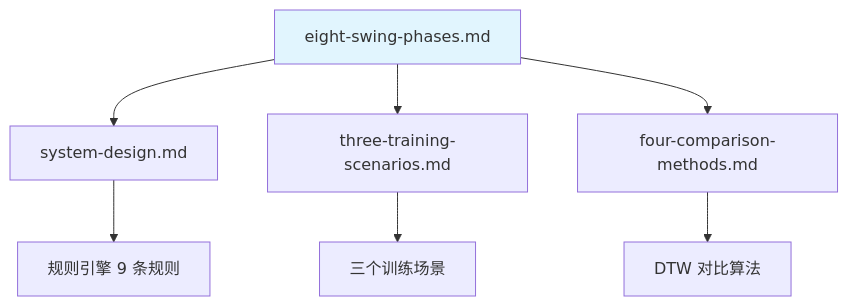
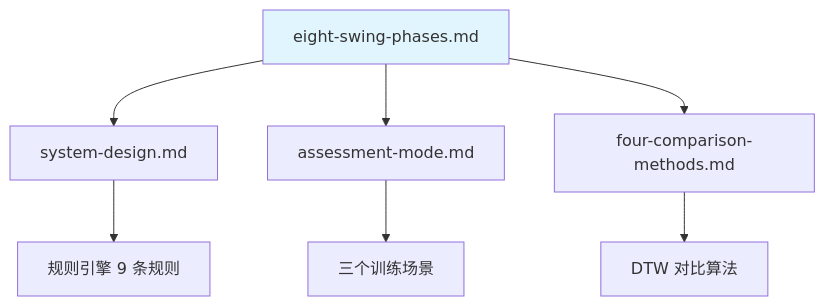
The diagram in docs/zh/design/specs/eight-swing-phases.md (movement-chain-ai/movement-chain-docs), drawn with Mermaid before and after one commit. The commit also changed other lines of this file and 10 other files, not shown here.

First line of the commit message:
修复文档链接：three-training-scenarios → assessment-mode

````diff
--- a/docs/zh/design/specs/eight-swing-phases.md
+++ b/docs/zh/design/specs/eight-swing-phases.md
@@ -435,12 +435,12 @@
 ```mermaid
 graph TD
     A[eight-swing-phases.md] --> B[system-design.md]
-    A --> C[three-training-scenarios.md]
+    A --> C[assessment-mode.md]
     A --> D[four-comparison-methods.md]
 
     B --> E[规则引擎 9 条规则]
     C --> F[三个训练场景]
     D --> G[DTW 对比算法]
 
     style A fill:#e1f5fe
 ```
````
